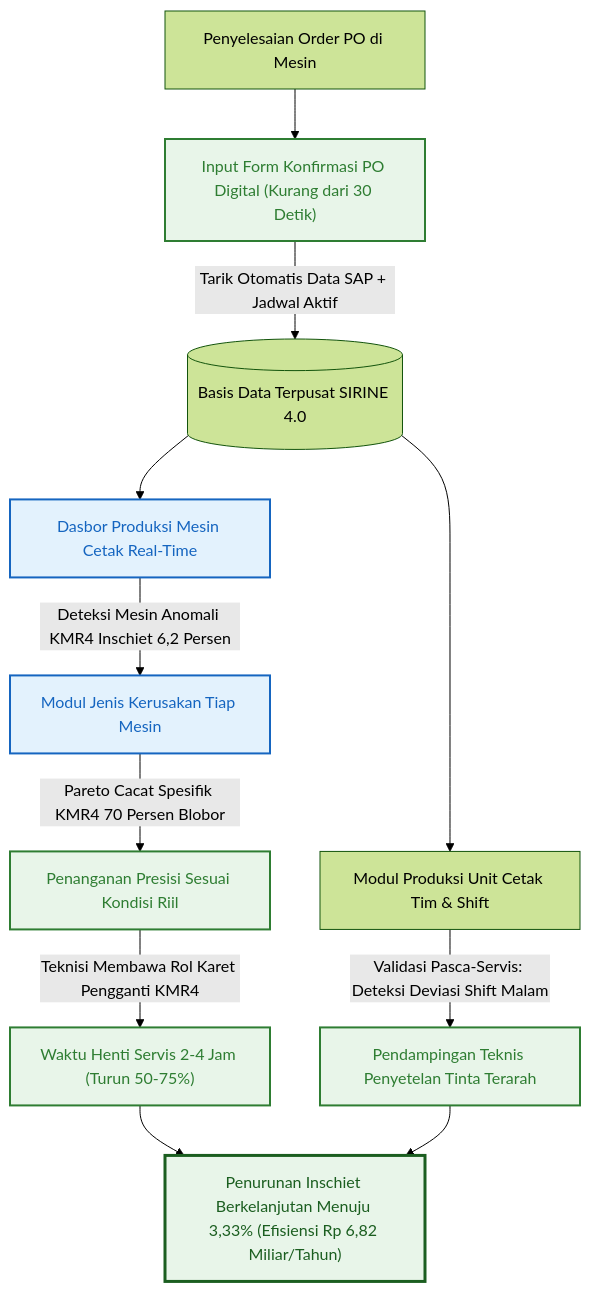
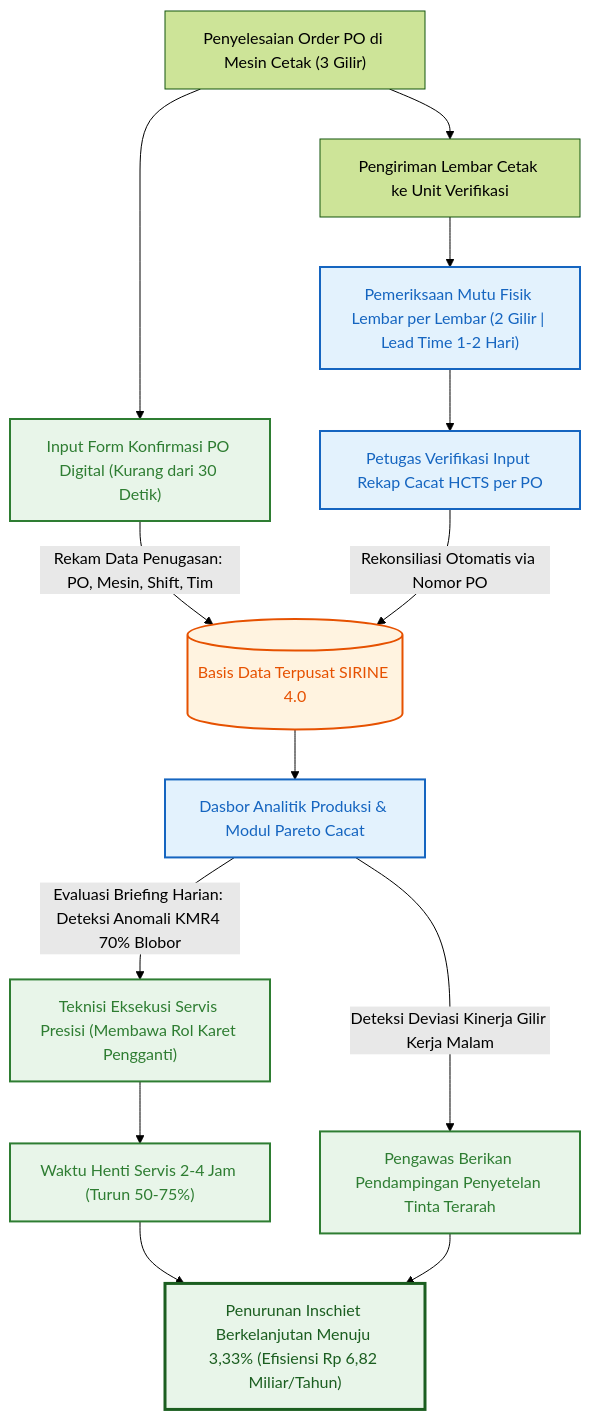
The third of 5 diagrams in makalah-iaka-2026/BAB4.md (ZulfikarHD/iaka-2026), drawn with Mermaid (forest theme) before and after one commit. The commit also changed other lines of this file and 8 other files, not shown here.

````diff
--- a/makalah-iaka-2026/BAB4.md
+++ b/makalah-iaka-2026/BAB4.md
@@ -129,21 +129,30 @@
 ```mermaid
 graph TD
-    A["Penyelesaian Order PO di Mesin"] --> B["Input Form Konfirmasi PO Digital (Kurang dari 30 Detik)"]
-    B -->|Tarik Otomatis Data SAP + Jadwal Aktif| C[("Basis Data Terpusat SIRINE 4.0")]
-    C --> D["Dasbor Produksi Mesin Cetak Real-Time"]
-    D -->|Deteksi Mesin Anomali KMR4 Inschiet 6,2 Persen| E["Modul Jenis Kerusakan Tiap Mesin"]
-    E -->|Pareto Cacat Spesifik KMR4 70 Persen Blobor| F["Penanganan Presisi Sesuai Kondisi Riil"]
-    F -->|Teknisi Membawa Rol Karet Pengganti KMR4| G["Waktu Henti Servis 2-4 Jam (Turun 50-75%)"]
-    C --> H["Modul Produksi Unit Cetak Tim & Shift"]
-    H -->|Validasi Pasca-Servis: Deteksi Deviasi Shift Malam| I["Pendampingan Teknis Penyetelan Tinta Terarah"]
-    G --> J["Penurunan Inschiet Berkelanjutan Menuju 3,33% (Efisiensi Rp 6,82 Miliar/Tahun)"]
-    I --> J
+    A["Penyelesaian Order PO di Mesin Cetak (3 Gilir)"] --> B["Input Form Konfirmasi PO Digital (Kurang dari 30 Detik)"]
+    B -->|Rekam Data Penugasan: PO, Mesin, Shift, Tim| C[("Basis Data Terpusat SIRINE 4.0")]
+    
+    A --> D["Pengiriman Lembar Cetak ke Unit Verifikasi"]
+    D --> E["Pemeriksaan Mutu Fisik Lembar per Lembar (2 Gilir | Lead Time 1-2 Hari)"]
+    E --> F["Petugas Verifikasi Input Rekap Cacat HCTS per PO"]
+    
+    F -->|Rekonsiliasi Otomatis via Nomor PO| C
+    
+    C --> G["Dasbor Analitik Produksi & Modul Pareto Cacat"]
+    G -->|Evaluasi Briefing Harian: Deteksi Anomali KMR4 70% Blobor| H["Teknisi Eksekusi Servis Presisi (Membawa Rol Karet Pengganti)"]
+    H --> I["Waktu Henti Servis 2-4 Jam (Turun 50-75%)"]
+    
+    G -->|Deteksi Deviasi Kinerja Gilir Kerja Malam| J["Pengawas Berikan Pendampingan Penyetelan Tinta Terarah"]
+    
+    I --> K["Penurunan Inschiet Berkelanjutan Menuju 3,33% (Efisiensi Rp 6,82 Miliar/Tahun)"]
+    J --> K
 
     style B fill:#e8f5e9,stroke:#2e7d32,stroke-width:2px,color:#2e7d32
-    style D fill:#e3f2fd,stroke:#1565c0,stroke-width:2px,color:#1565c0
+    style C fill:#fff3e0,stroke:#e65100,stroke-width:2px,color:#e65100
     style E fill:#e3f2fd,stroke:#1565c0,stroke-width:2px,color:#1565c0
-    style F fill:#e8f5e9,stroke:#2e7d32,stroke-width:2px,color:#2e7d32
-    style G fill:#e8f5e9,stroke:#2e7d32,stroke-width:2px,color:#2e7d32
+    style F fill:#e3f2fd,stroke:#1565c0,stroke-width:2px,color:#1565c0
+    style G fill:#e3f2fd,stroke:#1565c0,stroke-width:2px,color:#1565c0
+    style H fill:#e8f5e9,stroke:#2e7d32,stroke-width:2px,color:#2e7d32
     style I fill:#e8f5e9,stroke:#2e7d32,stroke-width:2px,color:#2e7d32
-    style J fill:#e8f5e9,stroke:#1b5e20,stroke-width:3px,color:#1b5e20
+    style J fill:#e8f5e9,stroke:#2e7d32,stroke-width:2px,color:#2e7d32
+    style K fill:#e8f5e9,stroke:#1b5e20,stroke-width:3px,color:#1b5e20
 ```
````
